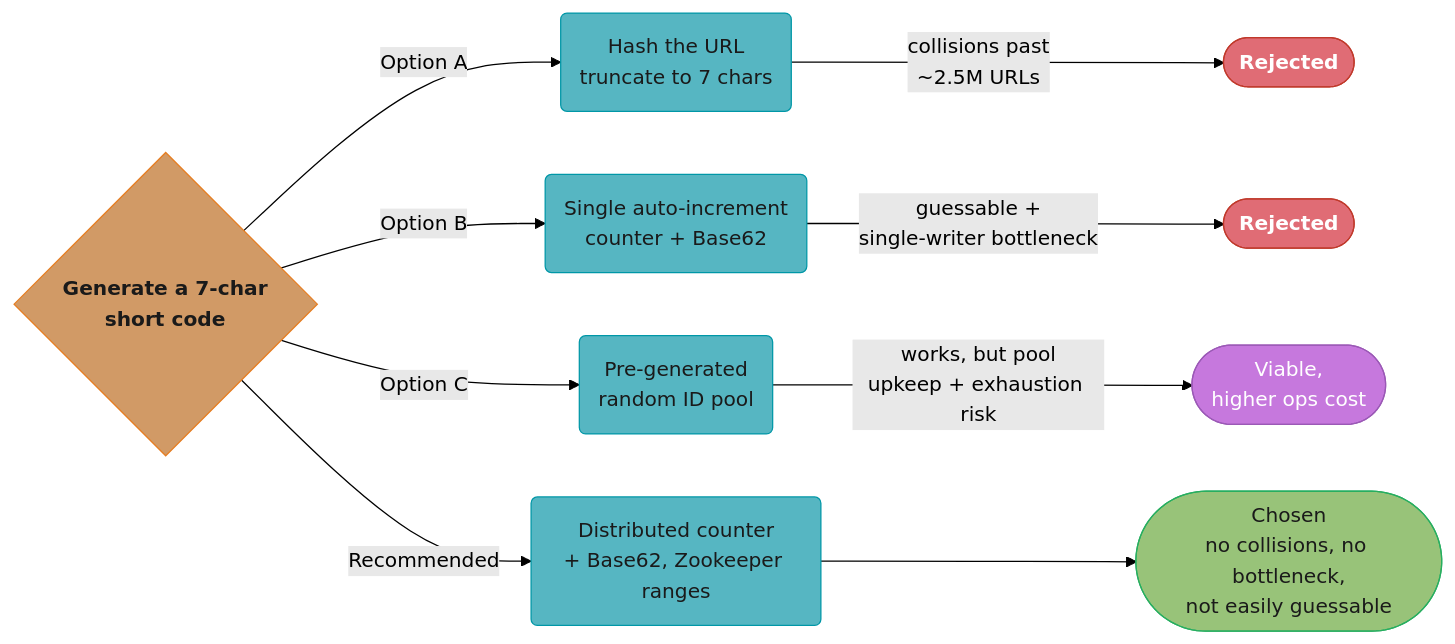
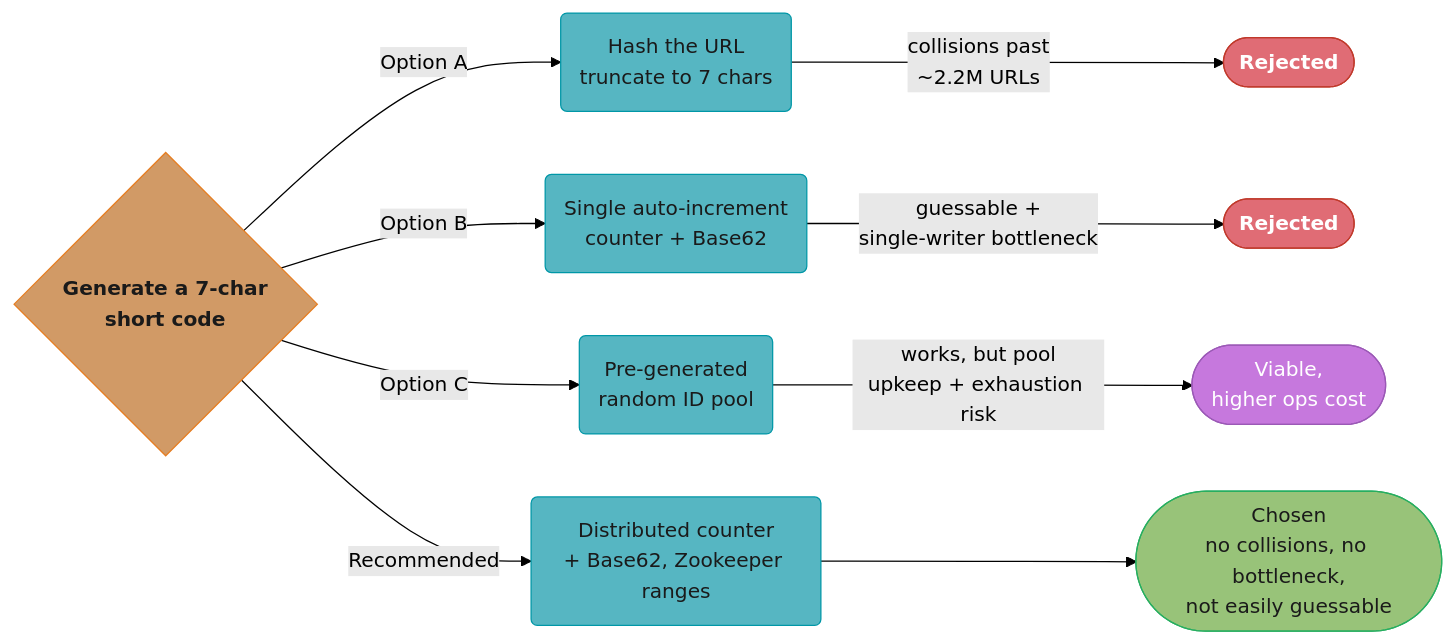
One commit to rppol/system-design changed the fourth of 7 diagrams in src/main/java/com/rutik/systemdesign/hld/case_studies/design_url_shortener.md. Above: the diagram before and after it, drawn with Mermaid (forest theme). The commit also changed other lines of this file and 3 other files, not shown here.

First line of the commit message:
audit(hld): closes the section — a $700M/year figure that is actually $750K

````diff
--- a/src/main/java/com/rutik/systemdesign/hld/case_studies/design_url_shortener.md
+++ b/src/main/java/com/rutik/systemdesign/hld/case_studies/design_url_shortener.md
@@ -221,28 +223,28 @@
 ```mermaid
 flowchart LR
     classDef io      fill:#61afef,stroke:#2e86c1,color:#1a1a1a,font-weight:bold
     classDef frozen  fill:#c678dd,stroke:#9b59b6,color:#fff
     classDef train   fill:#98c379,stroke:#27ae60,color:#1a1a1a
     classDef mathOp  fill:#d19a66,stroke:#e67e22,color:#1a1a1a,font-weight:bold
     classDef lossN   fill:#e06c75,stroke:#c0392b,color:#fff,font-weight:bold
     classDef req     fill:#56b6c2,stroke:#0097a7,color:#1a1a1a
     classDef base    fill:#e5c07b,stroke:#f39c12,color:#1a1a1a
 
     Start{"Generate a 7-char<br/>short code"} -->|"Option A"| HashOpt("Hash the URL<br/>truncate to 7 chars")
-    HashOpt -->|"collisions past<br/>~2.5M URLs"| HashRej(["Rejected"])
+    HashOpt -->|"collisions past<br/>~2.2M URLs"| HashRej(["Rejected"])
 
     Start -->|"Option B"| CounterOpt("Single auto-increment<br/>counter + Base62")
     CounterOpt -->|"guessable +<br/>single-writer bottleneck"| CounterRej(["Rejected"])
 
     Start -->|"Option C"| PoolOpt("Pre-generated<br/>random ID pool")
     PoolOpt -->|"works, but pool<br/>upkeep + exhaustion risk"| PoolPartial(["Viable,<br/>higher ops cost"])
 
     Start -->|"Recommended"| DistOpt("Distributed counter<br/>+ Base62, Zookeeper ranges")
     DistOpt --> Chosen(["Chosen<br/>no collisions, no bottleneck,<br/>not easily guessable"])
 
     class Start mathOp
     class HashOpt,CounterOpt,PoolOpt,DistOpt req
     class HashRej,CounterRej lossN
     class PoolPartial frozen
     class Chosen train
 ```
````
